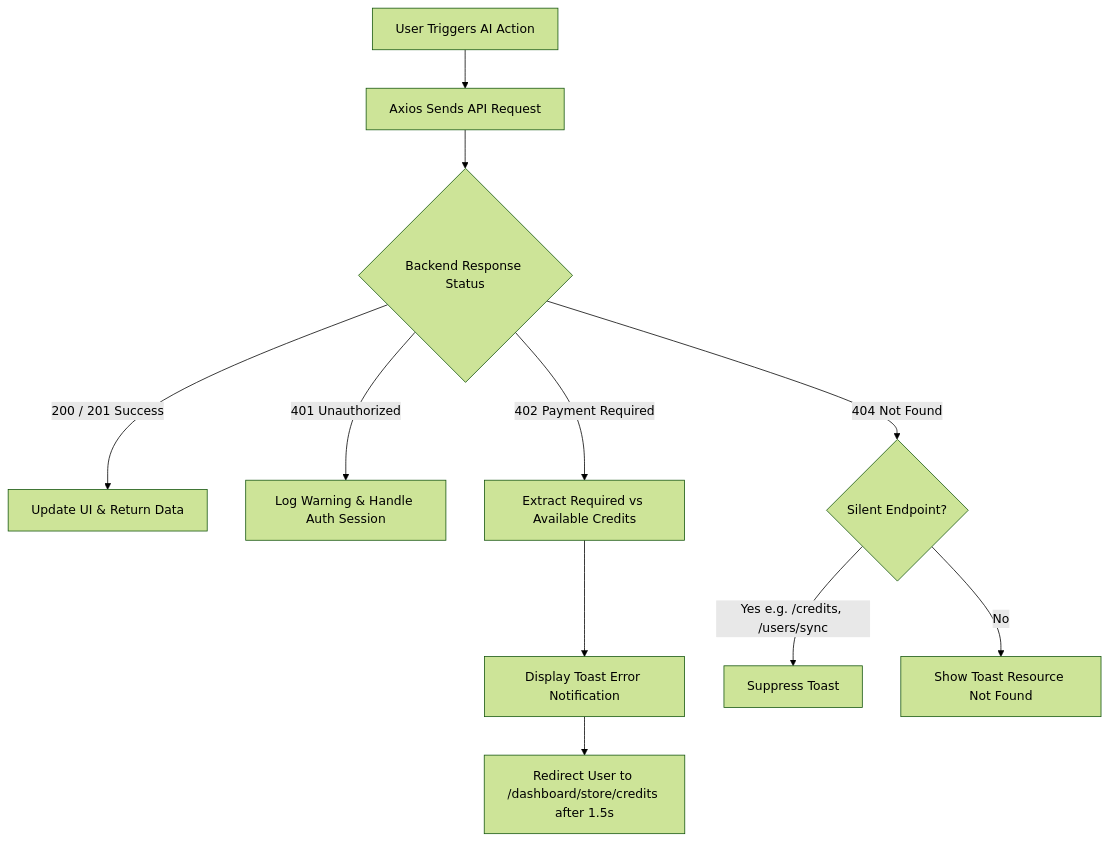
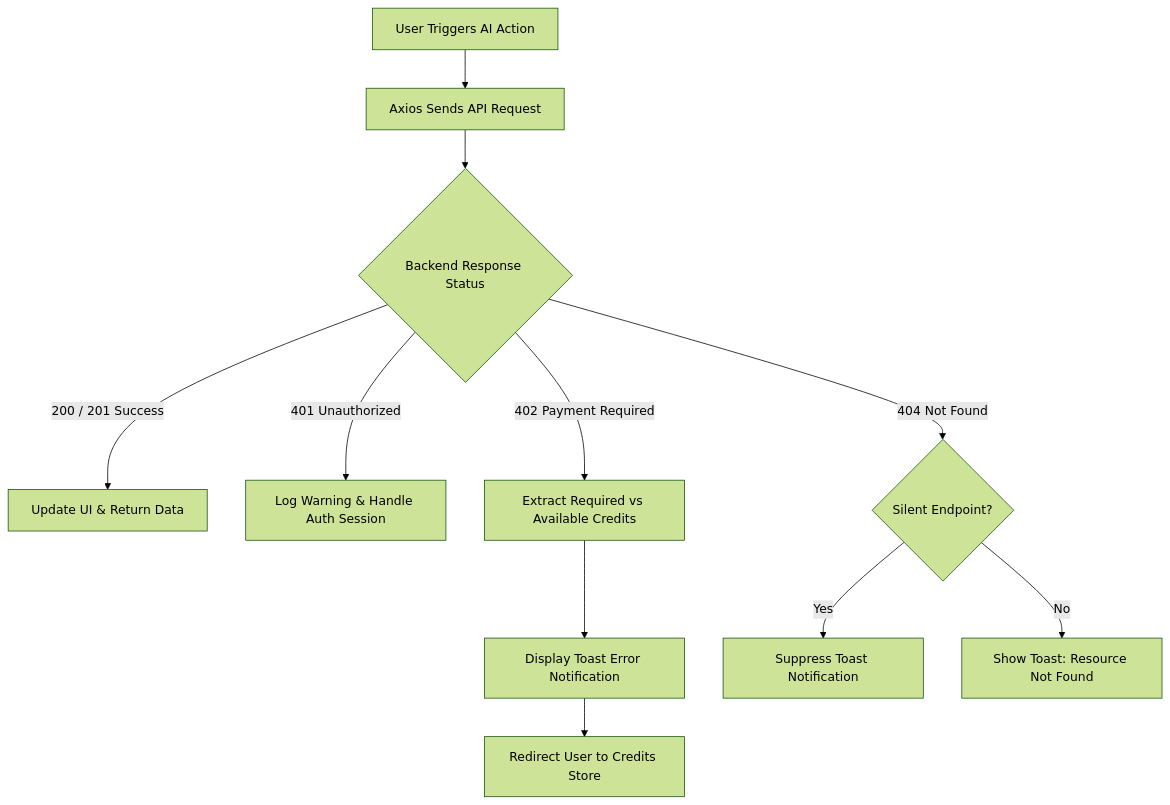
Before and after one commit to Nikhilkumar2311/pitchrr_frontend: the fourth of 4 diagrams in README.md, drawn with Mermaid (forest theme). The commit also changed other lines of this file, not shown here.

````diff
--- a/README.md
+++ b/README.md
@@ -182,16 +186,16 @@
 ```mermaid
 flowchart TD
-    A[User Triggers AI Action] --> B[Axios Sends API Request]
-    B --> C{Backend Response Status}
+    A["User Triggers AI Action"] --> B["Axios Sends API Request"]
+    B --> C{"Backend Response Status"}
     
-    C -->|200 / 201 Success| D[Update UI & Return Data]
-    C -->|401 Unauthorized| E[Log Warning & Handle Auth Session]
-    C -->|402 Payment Required| F[Extract Required vs Available Credits]
+    C -->|200 / 201 Success| D["Update UI & Return Data"]
+    C -->|401 Unauthorized| E["Log Warning & Handle Auth Session"]
+    C -->|402 Payment Required| F["Extract Required vs Available Credits"]
     
-    F --> G[Display Toast Error Notification]
-    G --> H[Redirect User to /dashboard/store/credits after 1.5s]
+    F --> G["Display Toast Error Notification"]
+    G --> H["Redirect User to Credits Store"]
     
-    C -->|404 Not Found| I{Silent Endpoint?}
-    I -->|Yes e.g. /credits, /users/sync| J[Suppress Toast]
-    I -->|No| K[Show Toast Resource Not Found]
+    C -->|404 Not Found| I{"Silent Endpoint?"}
+    I -->|Yes| J["Suppress Toast Notification"]
+    I -->|No| K["Show Toast: Resource Not Found"]
 ```
````
